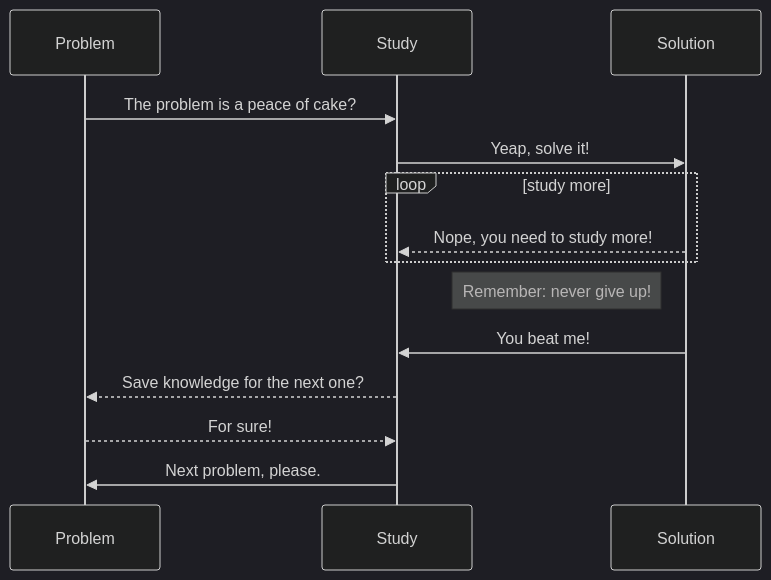
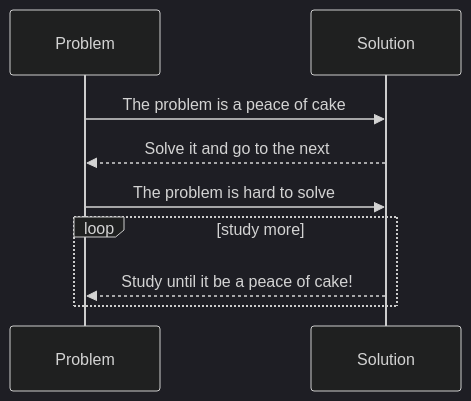
One commit to thyarles/thyarles changed the diagram in README.md. Above: the diagram before and after it, drawn with Mermaid (dark theme).

````diff
--- a/README.md
+++ b/README.md
@@ -17,15 +17,10 @@
 ```mermaid
 sequenceDiagram
     participant Problem
-    participant Study
-    Problem->>Study: The problem is a peace of cake?
-    Study->>Solution: Yeap, solve it!
+    Problem->>Solution: The problem is a peace of cake
+    Solution-->>Problem: Solve it and go to the next
+    Problem->>Solution: The problem is hard to solve
     loop study more
-        Solution-->>Study: Nope, you need to study more!
+        Solution-->>Problem: Study until it be a peace of cake!
     end
-    Note left of Solution: Remember: never give up!
-    Solution->>Study: You beat me!
-    Study-->>Problem: Save knowledge for the next one?
-    Problem-->>Study: For sure!
-    Study->>Problem: Next problem, please.
 ```
````
